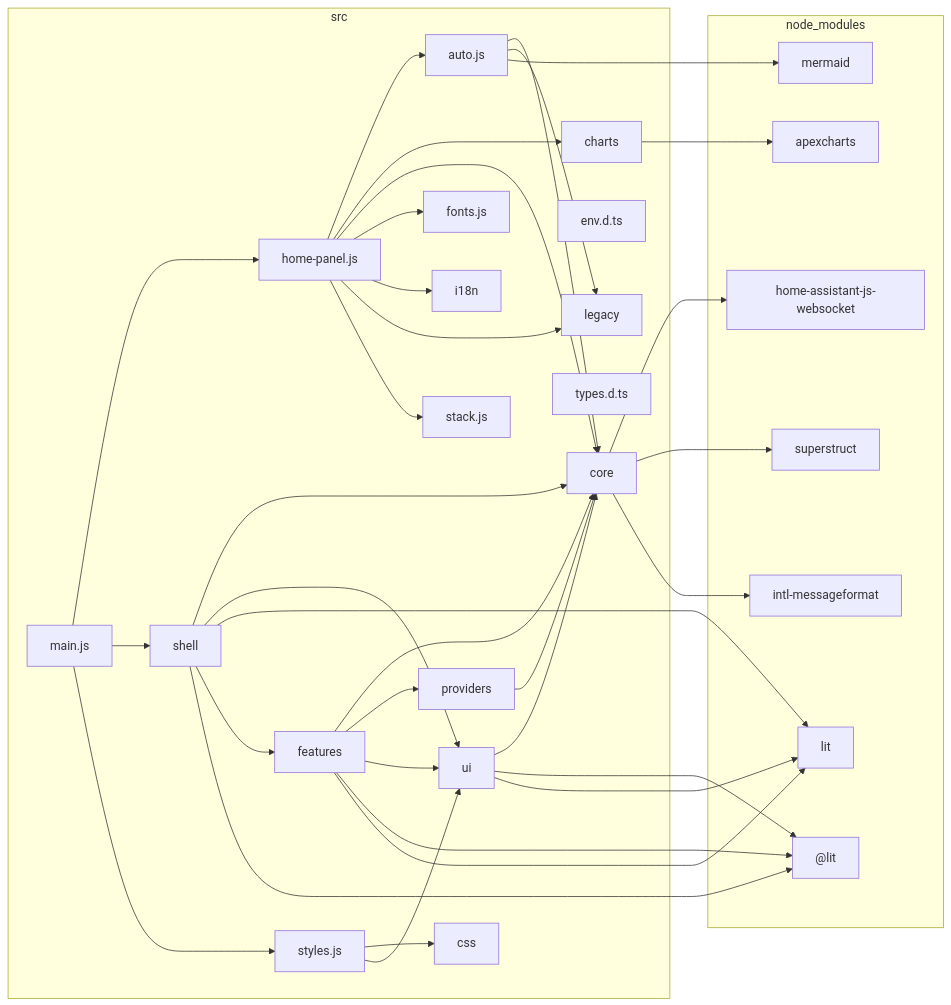
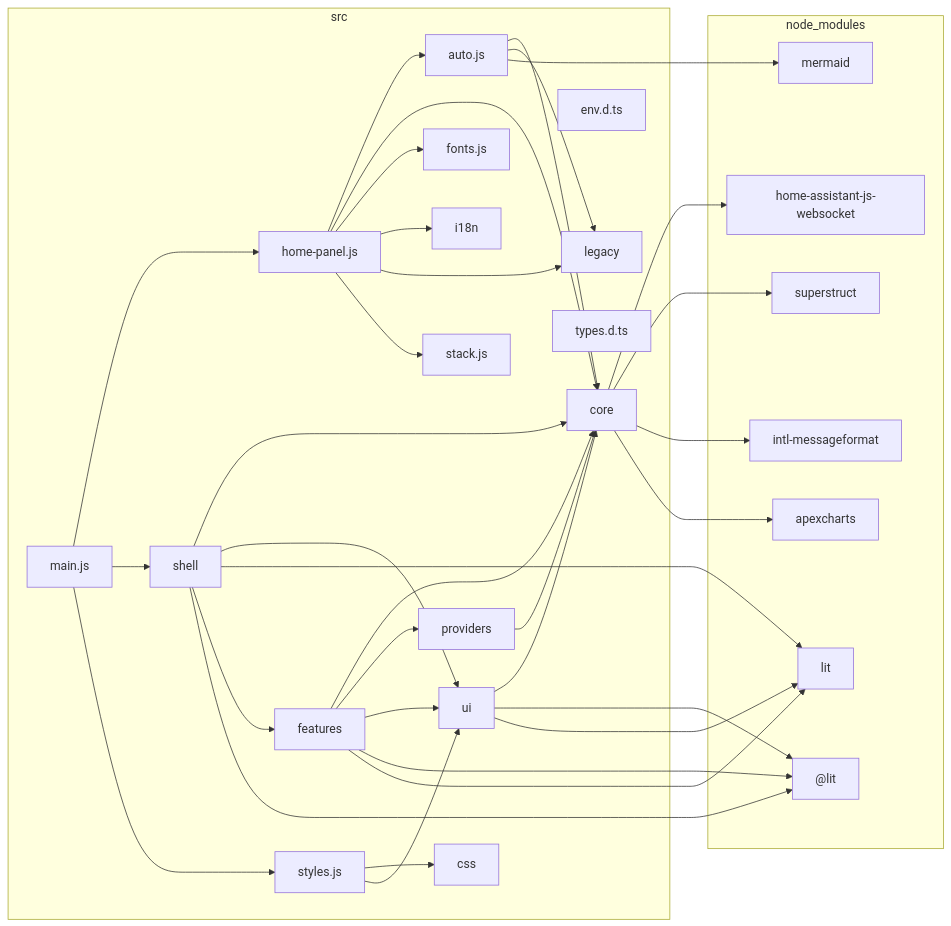
Before and after one commit to pldelisle/ha-home-panel: the diagram in docs/architecture/dependency-graph.md, drawn with Mermaid. The commit also changed 66 other files, not shown here.

First line of the commit message:
Weather move 2: <hp-weather-detail>, <hp-chart> and mountRadar; the legacy detail panel deleted (#158)

````diff
--- a/docs/architecture/dependency-graph.md
+++ b/docs/architecture/dependency-graph.md
@@ -5,65 +5,63 @@
 ```mermaid
 flowchart LR
 
 subgraph 0["node_modules"]
 1["@lit"]
 2["apexcharts"]
 3["home-assistant-js-websocket"]
 4["intl-messageformat"]
 5["lit"]
 6["mermaid"]
 7["superstruct"]
 end
 subgraph 8["src"]
 9["auto.js"]
-A["charts"]
-B["core"]
-C["css"]
-D["env.d.ts"]
-E["features"]
-F["fonts.js"]
-G["home-panel.js"]
-H["i18n"]
-I["legacy"]
-J["main.js"]
-K["providers"]
-L["shell"]
-M["stack.js"]
-N["styles.js"]
-O["types.d.ts"]
-P["ui"]
+A["core"]
+B["css"]
+C["env.d.ts"]
+D["features"]
+E["fonts.js"]
+F["home-panel.js"]
+G["i18n"]
+H["legacy"]
+I["main.js"]
+J["providers"]
+K["shell"]
+L["stack.js"]
+M["styles.js"]
+N["types.d.ts"]
+O["ui"]
 end
-9-->B
-9-->I
+9-->A
+9-->H
 9-->6
+A-->3
+A-->7
+A-->4
 A-->2
-B-->3
-B-->7
-B-->4
-E-->B
-E-->K
-E-->P
-E-->1
-E-->5
-G-->9
-G-->A
-G-->B
-G-->F
-G-->H
-G-->I
-G-->M
-J-->G
-J-->L
-J-->N
-K-->B
-L-->B
-L-->P
-L-->5
-L-->E
-L-->1
-N-->C
-N-->P
-P-->B
-P-->1
-P-->5
+D-->A
+D-->J
+D-->O
+D-->1
+D-->5
+F-->9
+F-->A
+F-->E
+F-->G
+F-->H
+F-->L
+I-->F
+I-->K
+I-->M
+J-->A
+K-->A
+K-->O
+K-->5
+K-->D
+K-->1
+M-->B
+M-->O
+O-->A
+O-->1
+O-->5
 ```
````
